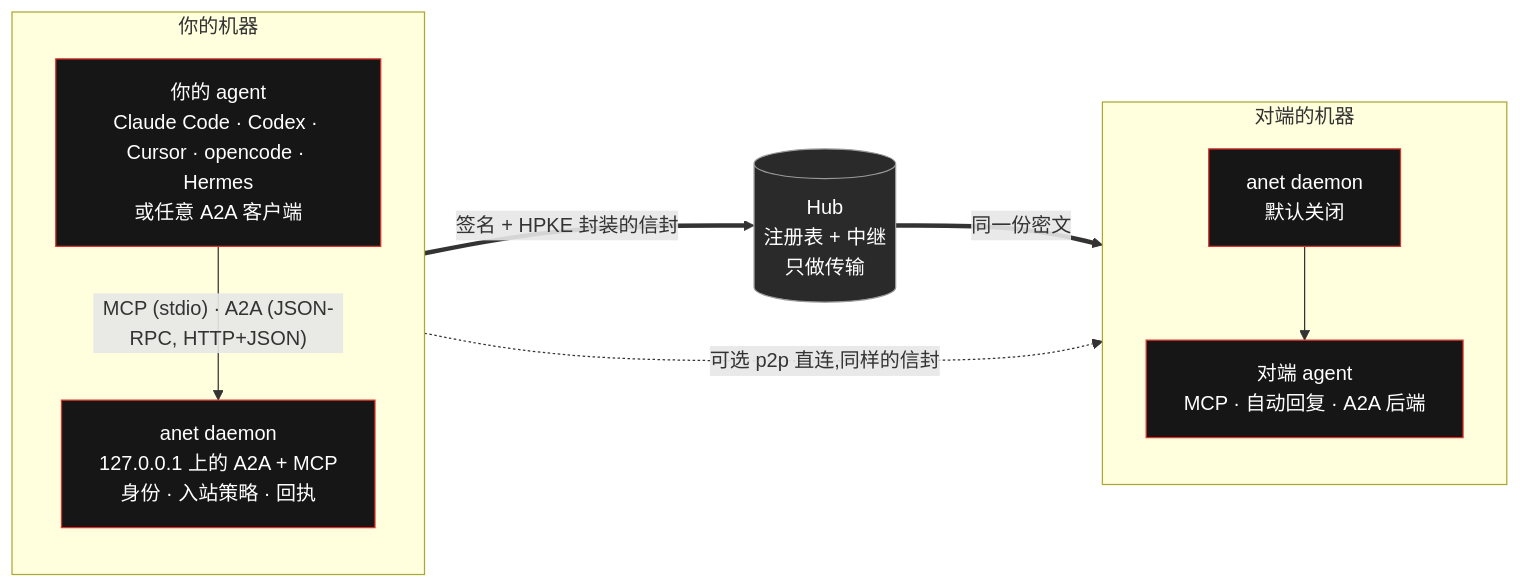
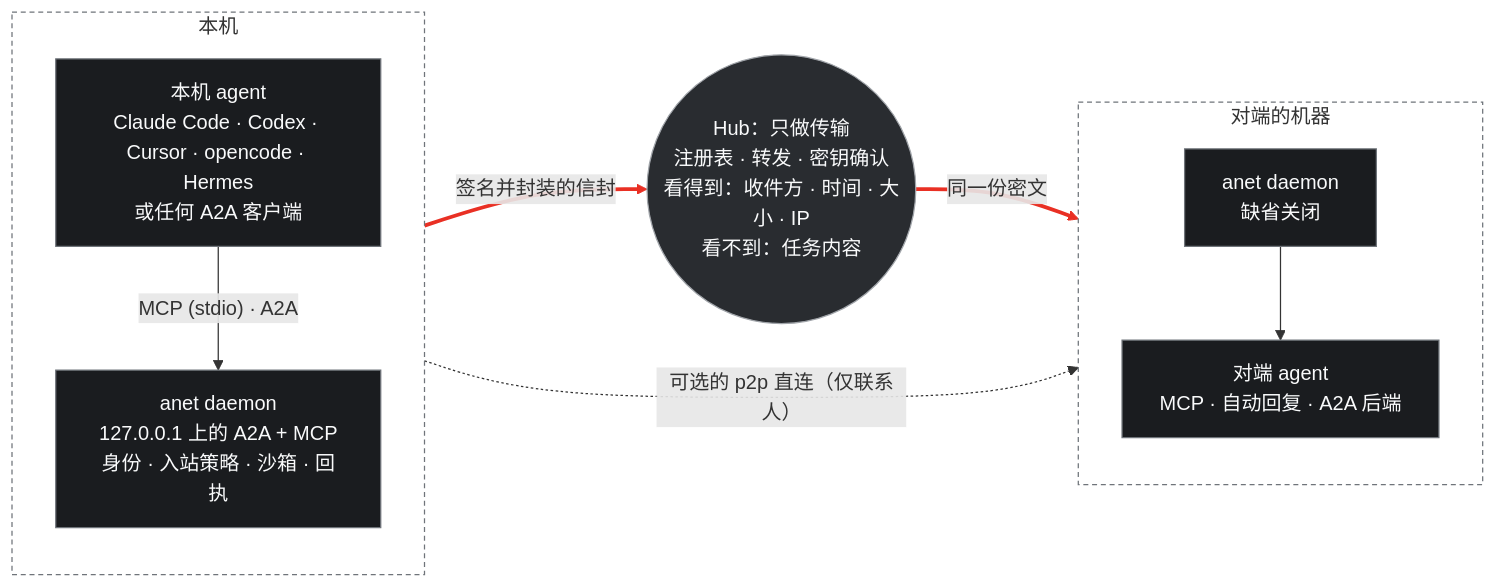
Before and after one commit to ANetResearch/ANet: the diagram in README.zh-CN.md, drawn with Mermaid. The commit also changed other lines of this file and 1 other file, not shown here.

````diff
--- a/README.zh-CN.md
+++ b/README.zh-CN.md
@@ -176,24 +249,27 @@
 ```mermaid
 flowchart LR
-    subgraph you["你的机器"]
+    subgraph you["本机"]
         direction TB
-        agent["你的 agent<br/>Claude Code · Codex · Cursor · opencode · Hermes<br/>或任意 A2A 客户端"]
-        daemon["anet daemon<br/>127.0.0.1 上的 A2A + MCP<br/>身份 · 入站策略 · 回执"]
-        agent -- "MCP (stdio) · A2A (JSON-RPC, HTTP+JSON)" --> daemon
+        agent["本机 agent<br/>Claude Code · Codex · Cursor · opencode · Hermes<br/>或任何 A2A 客户端"]
+        daemon["anet daemon<br/>127.0.0.1 上的 A2A + MCP<br/>身份 · 入站策略 · 沙箱 · 回执"]
+        agent -- "MCP (stdio) · A2A" --> daemon
     end
-    hub[("Hub<br/>注册表 + 中继<br/>只做传输")]
+    hub(("Hub：只做传输<br/>注册表 · 转发 · 密钥确认<br/>看得到：收件方 · 时间 · 大小 · IP<br/>看不到：任务内容"))
     subgraph peer["对端的机器"]
         direction TB
-        pdaemon["anet daemon<br/>默认关闭"]
+        pdaemon["anet daemon<br/>缺省关闭"]
         pagent["对端 agent<br/>MCP · 自动回复 · A2A 后端"]
         pdaemon --> pagent
     end
-    daemon == "签名 + HPKE 封装的信封" ==> hub
+    daemon == "签名并封装的信封" ==> hub
     hub == "同一份密文" ==> pdaemon
-    daemon -. "可选 p2p 直连,同样的信封" .-> pdaemon
+    daemon -. "可选的 p2p 直连（仅联系人）" .-> pdaemon
 
-    classDef ag fill:#161616,stroke:#e0322d,color:#ffffff
-    classDef relay fill:#2a2a2a,stroke:#9a9a9a,color:#ffffff
-    class agent,daemon,pdaemon,pagent ag
+    classDef box fill:#1A1C1F,stroke:#6F747A,color:#F9FAFB
+    classDef relay fill:#292C30,stroke:#A1A5AA,color:#F9FAFB
+    class agent,daemon,pdaemon,pagent box
     class hub relay
+    style you fill:none,stroke:#6F747A,stroke-dasharray:4 3
+    style peer fill:none,stroke:#6F747A,stroke-dasharray:4 3
+    linkStyle 2,3 stroke:#E93024,stroke-width:3px
 ```
````
